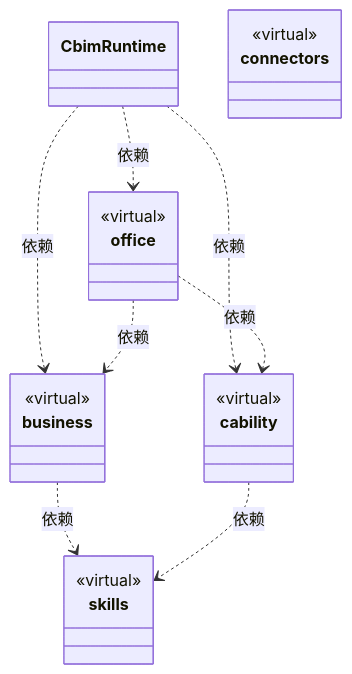
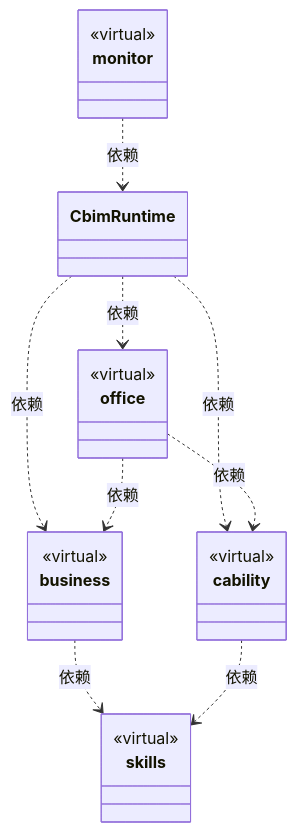
One commit to nan023062/cbim changed the first of 2 diagrams in src/framework/ARCHITECTURE.md. Above: the diagram before and after it, drawn with Mermaid. The commit also changed other lines of this file and 374 other files, not shown here.

````diff
--- a/src/framework/ARCHITECTURE.md
+++ b/src/framework/ARCHITECTURE.md
@@ -26,32 +26,33 @@
 ```mermaid
 classDiagram
+class N_30804c3bb3bb["CbimRuntime"]
+click N_30804c3bb3bb href "cbim-runtime.ts"
+class N_b88f3147f97b["office"] {
+  <<virtual>>
+}
+click N_b88f3147f97b href "office/ARCHITECTURE.md"
 class N_4aef7e841596["business"] {
   <<virtual>>
 }
 click N_4aef7e841596 href "business/ARCHITECTURE.md"
-class N_30804c3bb3bb["CbimRuntime"]
-click N_30804c3bb3bb href "cbim-runtime.ts"
+class N_516fccf1524e["cability"] {
+  <<virtual>>
+}
+click N_516fccf1524e href "cability/ARCHITECTURE.md"
+class N_3c7a2e5c648b["monitor"] {
+  <<virtual>>
+}
+click N_3c7a2e5c648b href "monitor/ARCHITECTURE.md"
 class N_af1b03806bfb["skills"] {
   <<virtual>>
 }
 click N_af1b03806bfb href "skills/ARCHITECTURE.md"
-class N_b88f3147f97b["office"] {
-  <<virtual>>
-}
-click N_b88f3147f97b href "office/ARCHITECTURE.md"
-class N_516fccf1524e["cability"] {
-  <<virtual>>
-}
-click N_516fccf1524e href "cability/ARCHITECTURE.md"
-class N_0b7ffb6a70f6["connectors"] {
-  <<virtual>>
-}
-click N_0b7ffb6a70f6 href "connectors/ARCHITECTURE.md"
 N_30804c3bb3bb ..> N_b88f3147f97b : 依赖
 N_30804c3bb3bb ..> N_4aef7e841596 : 依赖
 N_30804c3bb3bb ..> N_516fccf1524e : 依赖
 N_4aef7e841596 ..> N_af1b03806bfb : 依赖
 N_516fccf1524e ..> N_af1b03806bfb : 依赖
+N_3c7a2e5c648b ..> N_30804c3bb3bb : 依赖
 N_b88f3147f97b ..> N_4aef7e841596 : 依赖
 N_b88f3147f97b ..> N_516fccf1524e : 依赖
 ```
````
